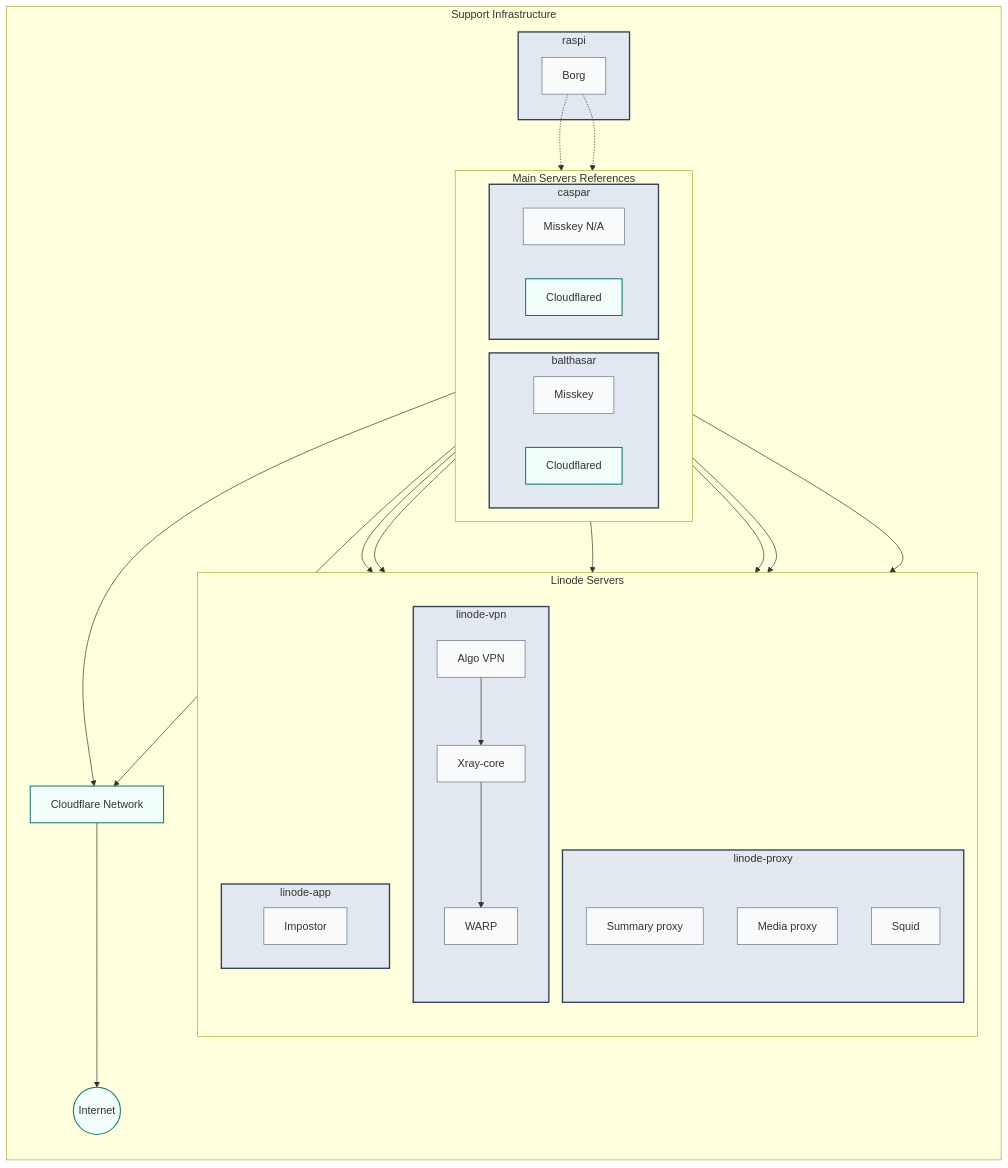
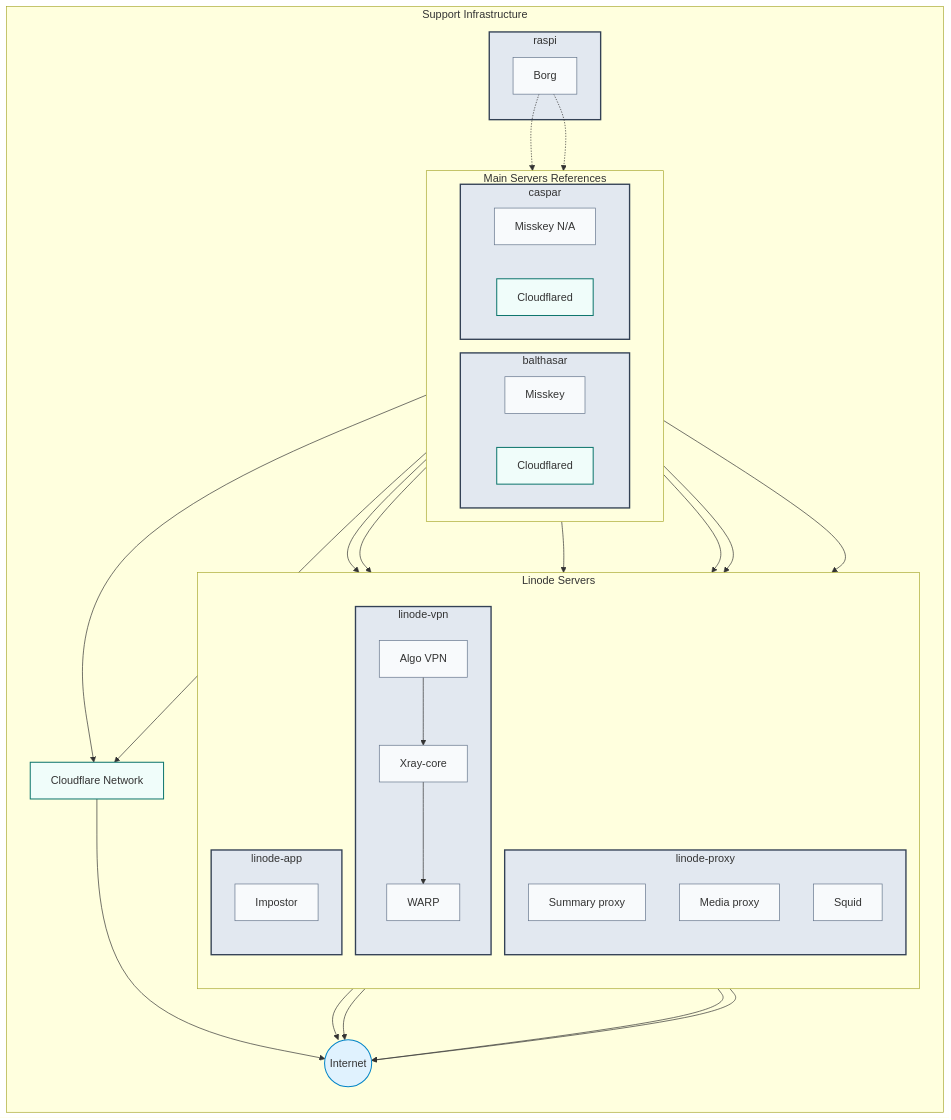
One commit to yamisskey-dev/hosted-list changed the second of 2 diagrams in README.md. Above: the diagram before and after it, drawn with Mermaid.

````diff
--- a/README.md
+++ b/README.md
@@ -110,12 +110,13 @@
 ```mermaid
 graph TB
-%% Style definitions - メインサーバー図と同じ定義
+%% Style definitions
 classDef homeServer fill:#e2e8f0,stroke:#334155,stroke-width:2px
 classDef service fill:#f8fafc,stroke:#64748b,stroke-width:1px
 classDef monitoring fill:#d1fae5,stroke:#047857,stroke-width:1px
 classDef security fill:#fee2e2,stroke:#991b1b,stroke-width:1px
 classDef common fill:#fef3c7,stroke:#b45309,stroke-width:1px,font-style:italic
 classDef cloudflare fill:#f0fdfa,stroke:#0f766e,stroke-width:1.5px
+classDef internet fill:#e0f2fe,stroke:#0284c7,stroke-width:1.5px
 
 %% Support Infrastructure with connections to main servers
 subgraph support[Support Infrastructure]
@@ -161,9 +162,9 @@
         end
     end
     
-    %% Cloudflare and Internet
+    %% External networks
     cloudflare_network[Cloudflare Network]:::cloudflare
-    internet((Internet)):::cloudflare
+    internet((Internet)):::internet
 end
 
 %% Connections to proxies
@@ -180,6 +181,12 @@
 %% Cloudflare connections
 cloudflared_b & cloudflared_c --> cloudflare_network --> internet
 
+%% New connections - direct internet access
+summaryproxy --> internet
+mediaproxy --> internet
+warp --> internet
+impostor --> internet
+
 %% Apply styles
 class balthasar,caspar,vpn,proxy,app_server,raspi homeServer
 class yamisskey,nayamisskey,algo,xray,warp,summaryproxy,mediaproxy,squid,impostor,borgbackup service
````
